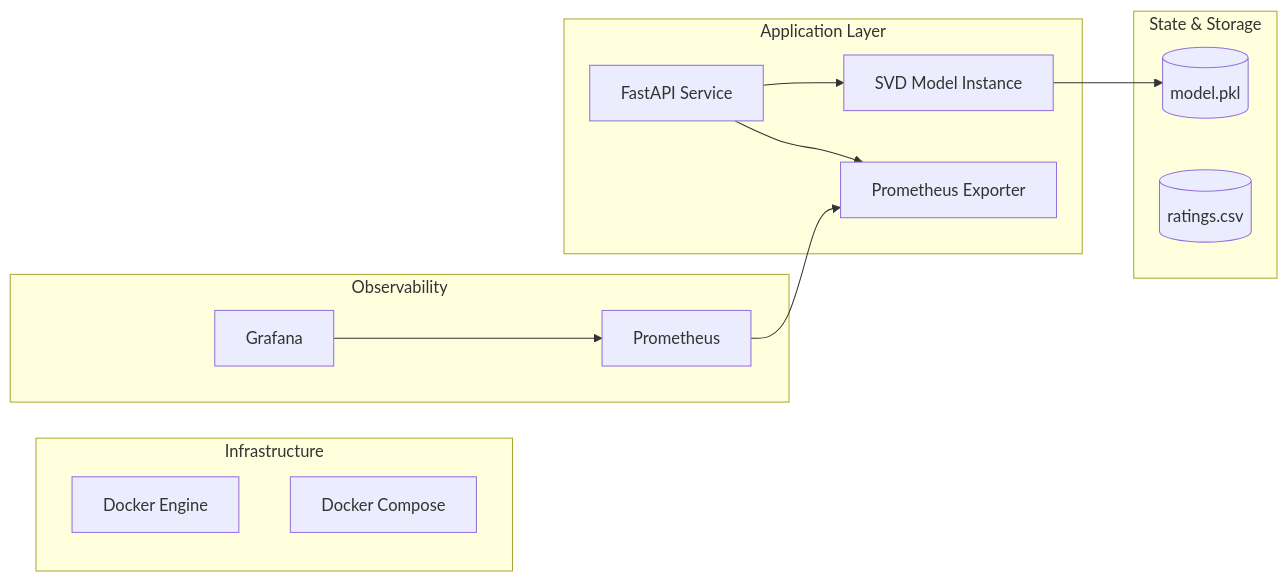
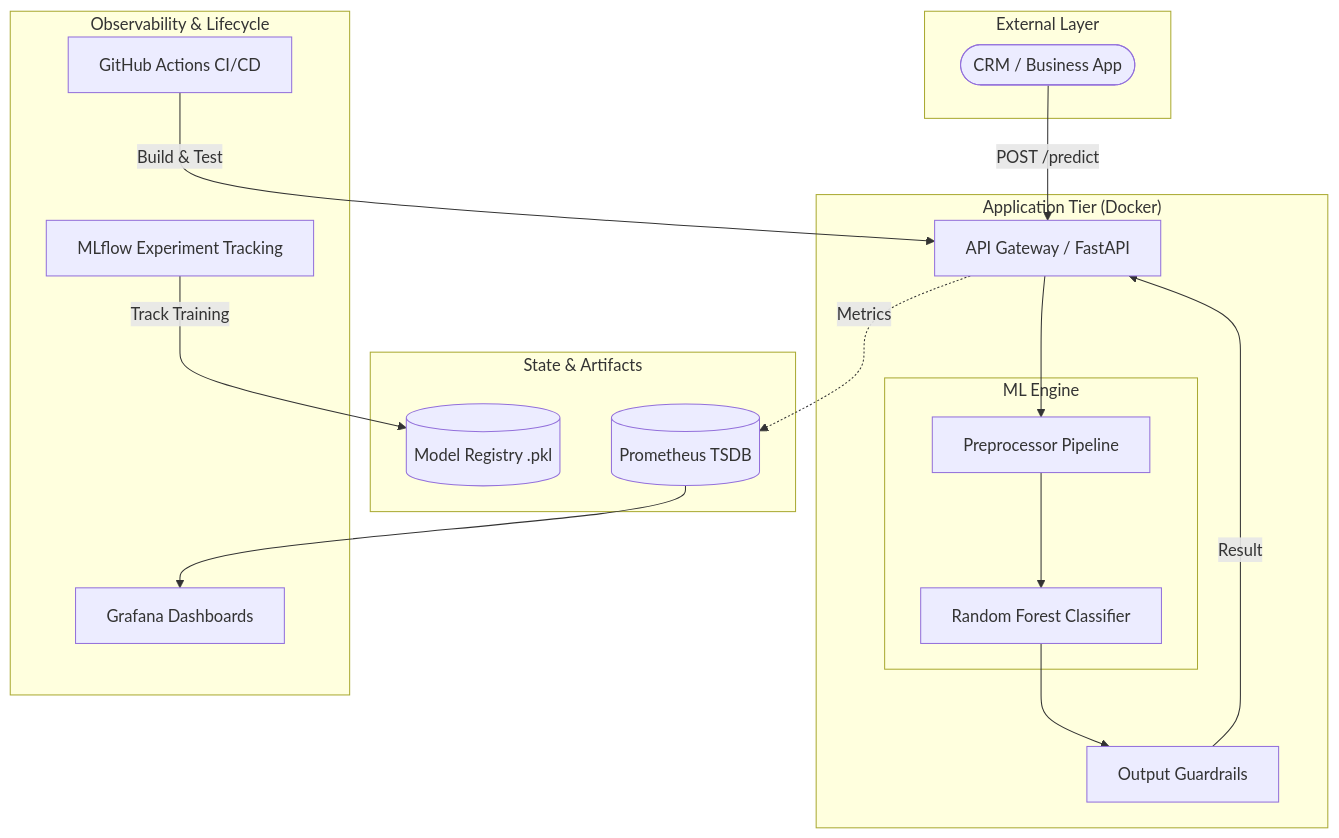
The first of 2 diagrams in ARCHITECTURE.md (bachnhan/msa24-ddm501-group6-final-project), drawn with Mermaid before and after one commit. The commit also changed other lines of this file and 19 other files, not shown here.

Commit message:
Final Project Refactor: Rebranded to Customer Churn Prediction, implemented MLflow, XAI, Fairness Analysis, and full Test Suite.

````diff
--- a/ARCHITECTURE.md
+++ b/ARCHITECTURE.md
@@ -9,29 +9,36 @@
 ```mermaid
-graph LR
-    subgraph "Infrastructure"
-        D[Docker Engine]
-        DC[Docker Compose]
+graph TD
+    subgraph "External Layer"
+        User([CRM / Business App])
     end
 
-    subgraph "Application Layer"
-        API[FastAPI Service]
-        Model[SVD Model Instance]
-        Metrics[Prometheus Exporter]
+    subgraph "Application Tier (Docker)"
+        LB[API Gateway / FastAPI]
+        subgraph "ML Engine"
+            PP[Preprocessor Pipeline]
+            RF[Random Forest Classifier]
+        end
+        GU[Output Guardrails]
     end
 
-    subgraph "State & Storage"
-        PKL[(model.pkl)]
-        CSV[(ratings.csv)]
+    subgraph "State & Artifacts"
+        ARTIFACTS[(Model Registry .pkl)]
+        LOGS[(Prometheus TSDB)]
     end
 
-    subgraph "Observability"
-        Prom[Prometheus]
-        Graf[Grafana]
+    subgraph "Observability & Lifecycle"
+        MLF[MLflow Experiment Tracking]
+        GRAF[Grafana Dashboards]
+        GHA[GitHub Actions CI/CD]
     end
 
-    API --> Model
-    Model --> PKL
-    API --> Metrics
-    Prom --> Metrics
-    Graf --> Prom
+    User -->|POST /predict| LB
+    LB --> PP
+    PP --> RF
+    RF --> GU
+    GU -->|Result| LB
+    LB -.->|Metrics| LOGS
+    LOGS --> GRAF
+    GHA -->|Build & Test| LB
+    MLF -->|Track Training| ARTIFACTS
 ```
````
